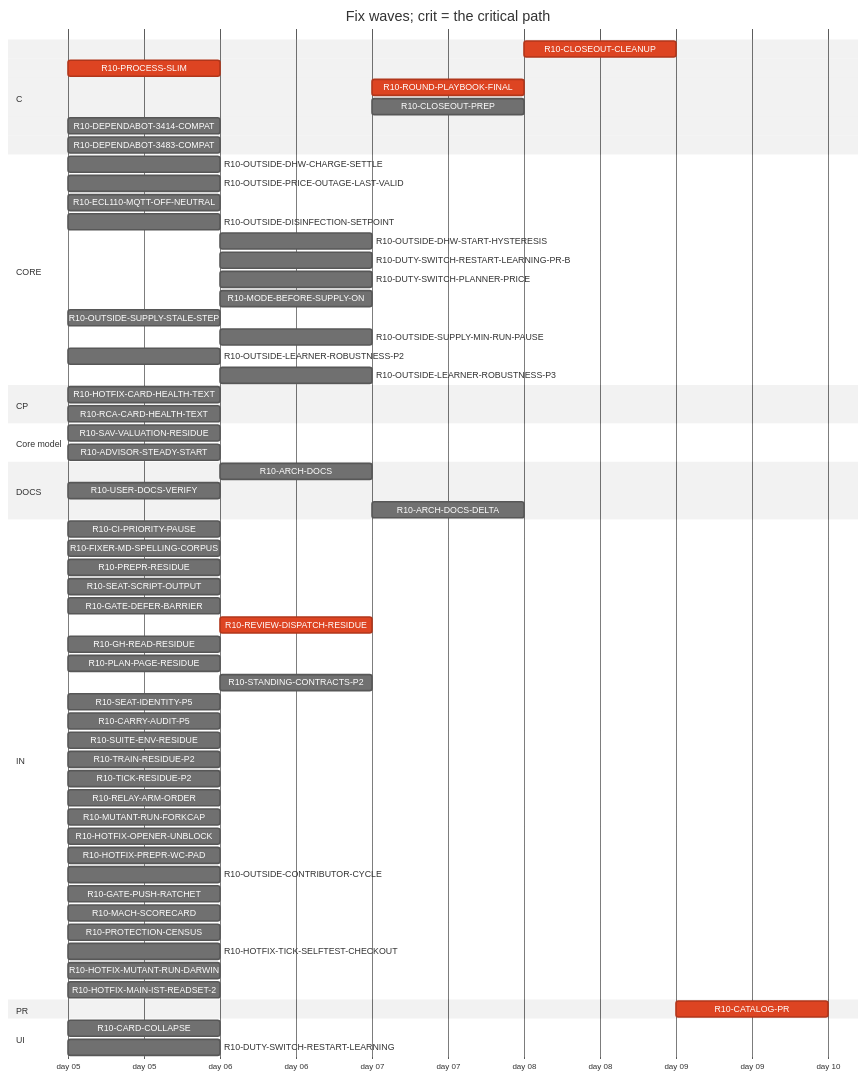
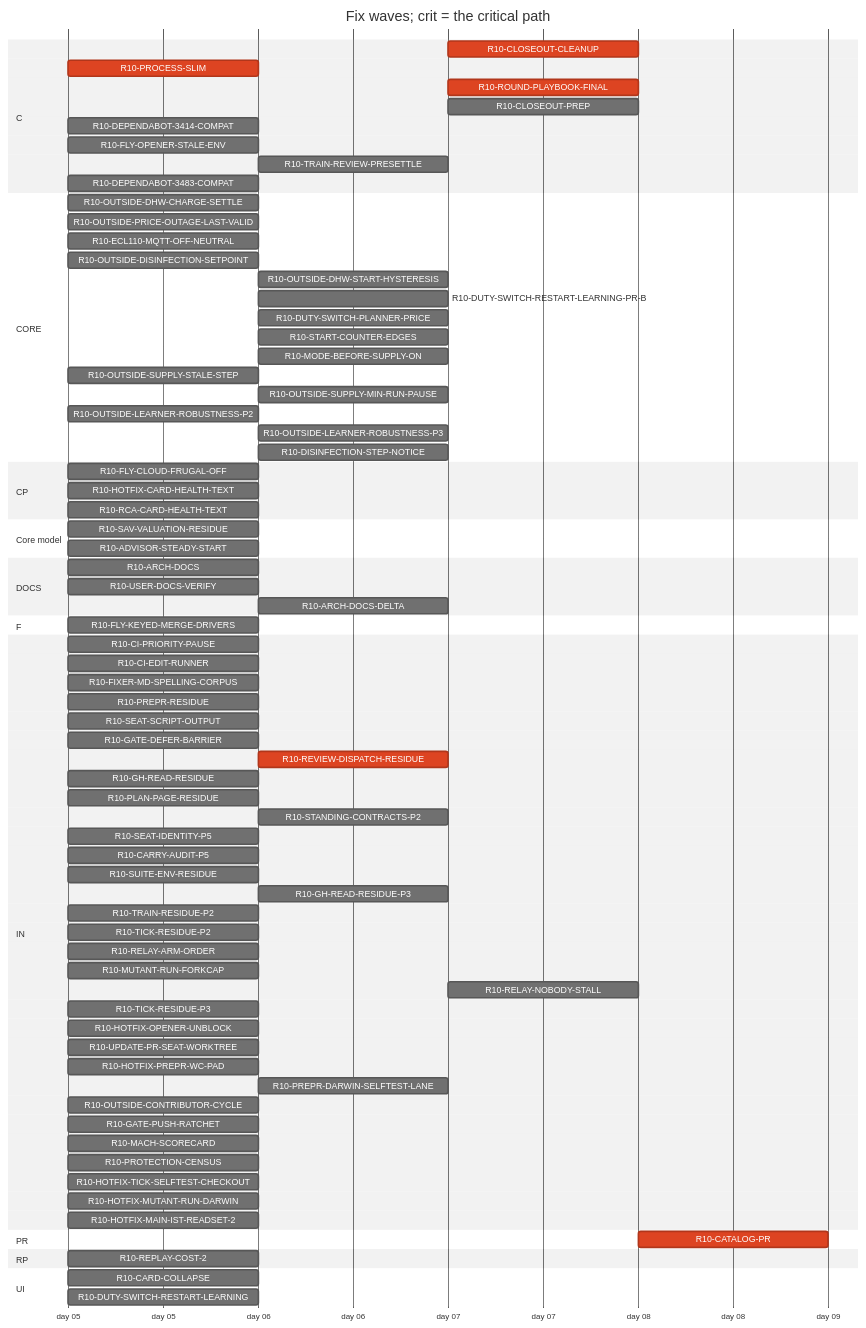
Before and after one commit to tvofi/heatpump_optimizer: the diagram in handoff/round10/state/PLAN-TABLE.md, drawn with Mermaid (neutral theme). The commit also changed other lines of this file and 3 other files, not shown here.

Commit message:
state: FLOW-BOARD.md, NEXT-SESSION-PROMPT.md, PLAN-TABLE.md, RESUME-CURRENT.md regenerated (state_docs.py)

````diff
--- a/handoff/round10/state/PLAN-TABLE.md
+++ b/handoff/round10/state/PLAN-TABLE.md
@@ -21,67 +23,82 @@
 ```mermaid
 gantt
   title Fix waves; crit = the critical path
   dateFormat YYYY-MM-DD
   axisFormat day %d
   section C
     R10-CLOSEOUT-CLEANUP :crit, r10CLOSEOUTCLEANUP, after r10ARCHDOCS r10USERDOCSVERIFY r10ROUNDPLAYBOOKFINAL r10CLOSEOUTPREP r10ARCHDOCSDELTA, 1d
     R10-PROCESS-SLIM :crit, r10PROCESSSLIM, 2026-01-05, 1d
     R10-ROUND-PLAYBOOK-FINAL :crit, r10ROUNDPLAYBOOKFINAL, after r10PROCESSSLIM r10FIXERMDSPELLINGCORPUS r10PREPRRESIDUE r10SEATSCRIPTOUTPUT r10REVIEWDISPATCHRESIDUE r10CARRYAUDITP5 r10SEATIDENTITYP5 r10STANDINGCONTRACTSP2 r10PLANPAGERESIDUE r10GHREADRESIDUE r10SUITEENVRESIDUE r10GATEDEFERBARRIER, 1d
     R10-CLOSEOUT-PREP :r10CLOSEOUTPREP, after r10ARCHDOCS r10PROCESSSLIM r10FIXERMDSPELLINGCORPUS r10PREPRRESIDUE r10SEATSCRIPTOUTPUT r10REVIEWDISPATCHRESIDUE r10CARRYAUDITP5 r10SEATIDENTITYP5 r10STANDINGCONTRACTSP2 r10PLANPAGERESIDUE r10GHREADRESIDUE r10SUITEENVRESIDUE r10GATEDEFERBARRIER, 1d
     R10-DEPENDABOT-3414-COMPAT :r10DEPENDABOT3414COMPAT, 2026-01-05, 1d
+    R10-FLY-OPENER-STALE-ENV :r10FLYOPENERSTALEENV, 2026-01-05, 1d
+    R10-TRAIN-REVIEW-PRESETTLE :r10TRAINREVIEWPRESETTLE, after r10TRAINRESIDUEP2, 1d
     R10-DEPENDABOT-3483-COMPAT :r10DEPENDABOT3483COMPAT, 2026-01-05, 1d
   section CORE
     R10-OUTSIDE-DHW-CHARGE-SETTLE :r10OUTSIDEDHWCHARGESETTLE, 2026-01-05, 1d
     R10-OUTSIDE-PRICE-OUTAGE-LAST-VALID :r10OUTSIDEPRICEOUTAGELASTVALID, 2026-01-05, 1d
     R10-ECL110-MQTT-OFF-NEUTRAL :r10ECL110MQTTOFFNEUTRAL, 2026-01-05, 1d
     R10-OUTSIDE-DISINFECTION-SETPOINT :r10OUTSIDEDISINFECTIONSETPOINT, 2026-01-05, 1d
     R10-OUTSIDE-DHW-START-HYSTERESIS :r10OUTSIDEDHWSTARTHYSTERESIS, after r10OUTSIDEDISINFECTIONSETPOINT, 1d
     R10-DUTY-SWITCH-RESTART-LEARNING-PR-B :r10DUTYSWITCHRESTARTLEARNINGPRB, after r10DUTYSWITCHRESTARTLEARNING, 1d
     R10-DUTY-SWITCH-PLANNER-PRICE :r10DUTYSWITCHPLANNERPRICE, after r10DUTYSWITCHRESTARTLEARNING, 1d
+    R10-START-COUNTER-EDGES :r10STARTCOUNTEREDGES, after r10DUTYSWITCHRESTARTLEARNING, 1d
     R10-MODE-BEFORE-SUPPLY-ON :r10MODEBEFORESUPPLYON, after r10DUTYSWITCHRESTARTLEARNING, 1d
     R10-OUTSIDE-SUPPLY-STALE-STEP :r10OUTSIDESUPPLYSTALESTEP, 2026-01-05, 1d
     R10-OUTSIDE-SUPPLY-MIN-RUN-PAUSE :r10OUTSIDESUPPLYMINRUNPAUSE, after r10OUTSIDESUPPLYSTALESTEP, 1d
     R10-OUTSIDE-LEARNER-ROBUSTNESS-P2 :r10OUTSIDELEARNERROBUSTNESSP2, 2026-01-05, 1d
     R10-OUTSIDE-LEARNER-ROBUSTNESS-P3 :r10OUTSIDELEARNERROBUSTNESSP3, after r10OUTSIDELEARNERROBUSTNESSP2, 1d
+    R10-DISINFECTION-STEP-NOTICE :r10DISINFECTIONSTEPNOTICE, after r10OUTSIDEDISINFECTIONSETPOINT, 1d
   section CP
+    R10-FLY-CLOUD-FRUGAL-OFF :r10FLYCLOUDFRUGALOFF, 2026-01-05, 1d
     R10-HOTFIX-CARD-HEALTH-TEXT :r10HOTFIXCARDHEALTHTEXT, 2026-01-05, 1d
     R10-RCA-CARD-HEALTH-TEXT :r10RCACARDHEALTHTEXT, 2026-01-05, 1d
   section Core model
     R10-SAV-VALUATION-RESIDUE :r10SAVVALUATIONRESIDUE, 2026-01-05, 1d
     R10-ADVISOR-STEADY-START :r10ADVISORSTEADYSTART, 2026-01-05, 1d
   section DOCS
-    R10-ARCH-DOCS :r10ARCHDOCS, after r10PROCESSSLIM, 1d
+    R10-ARCH-DOCS :r10ARCHDOCS, 2026-01-05, 1d
     R10-USER-DOCS-VERIFY :r10USERDOCSVERIFY, 2026-01-05, 1d
-    R10-ARCH-DOCS-DELTA :r10ARCHDOCSDELTA, after r10ARCHDOCS r10SAVVALUATIONRESIDUE r10ADVISORSTEADYSTART, 1d
+    R10-ARCH-DOCS-DELTA :r10ARCHDOCSDELTA, after r10ARCHDOCS r10SAVVALUATIONRESIDUE r10ADVISORSTEADYSTART r10PROCESSSLIM, 1d
+  section F
+    R10-FLY-KEYED-MERGE-DRIVERS :r10FLYKEYEDMERGEDRIVERS, 2026-01-05, 1d
   section IN
     R10-CI-PRIORITY-PAUSE :r10CIPRIORITYPAUSE, 2026-01-05, 1d
+    R10-CI-EDIT-RUNNER :r10CIEDITRUNNER, 2026-01-05, 1d
     R10-FIXER-MD-SPELLING-CORPUS :r10FIXERMDSPELLINGCORPUS, 2026-01-05, 1d
     R10-PREPR-RESIDUE :r10PREPRRESIDUE, 2026-01-05, 1d
     R10-SEAT-SCRIPT-OUTPUT :r10SEATSCRIPTOUTPUT, 2026-01-05, 1d
     R10-GATE-DEFER-BARRIER :r10GATEDEFERBARRIER, 2026-01-05, 1d
     R10-REVIEW-DISPATCH-RESIDUE :crit, r10REVIEWDISPATCHRESIDUE, after r10PROCESSSLIM, 1d
     R10-GH-READ-RESIDUE :r10GHREADRESIDUE, 2026-01-05, 1d
     R10-PLAN-PAGE-RESIDUE :r10PLANPAGERESIDUE, 2026-01-05, 1d
     R10-STANDING-CONTRACTS-P2 :r10STANDINGCONTRACTSP2, after r10FIXERMDSPELLINGCORPUS, 1d
     R10-SEAT-IDENTITY-P5 :r10SEATIDENTITYP5, 2026-01-05, 1d
     R10-CARRY-AUDIT-P5 :r10CARRYAUDITP5, 2026-01-05, 1d
     R10-SUITE-ENV-RESIDUE :r10SUITEENVRESIDUE, 2026-01-05, 1d
+    R10-GH-READ-RESIDUE-P3 :r10GHREADRESIDUEP3, after r10GHREADRESIDUE, 1d
     R10-TRAIN-RESIDUE-P2 :r10TRAINRESIDUEP2, 2026-01-05, 1d
     R10-TICK-RESIDUE-P2 :r10TICKRESIDUEP2, 2026-01-05, 1d
     R10-RELAY-ARM-ORDER :r10RELAYARMORDER, 2026-01-05, 1d
     R10-MUTANT-RUN-FORKCAP :r10MUTANTRUNFORKCAP, 2026-01-05, 1d
+    R10-RELAY-NOBODY-STALL :r10RELAYNOBODYSTALL, after r10RELAYARMORDER r10REVIEWDISPATCHRESIDUE, 1d
+    R10-TICK-RESIDUE-P3 :r10TICKRESIDUEP3, 2026-01-05, 1d
     R10-HOTFIX-OPENER-UNBLOCK :r10HOTFIXOPENERUNBLOCK, 2026-01-05, 1d
+    R10-UPDATE-PR-SEAT-WORKTREE :r10UPDATEPRSEATWORKTREE, 2026-01-05, 1d
     R10-HOTFIX-PREPR-WC-PAD :r10HOTFIXPREPRWCPAD, 2026-01-05, 1d
+    R10-PREPR-DARWIN-SELFTEST-LANE :r10PREPRDARWINSELFTESTLANE, after r10HOTFIXPREPRWCPAD, 1d
     R10-OUTSIDE-CONTRIBUTOR-CYCLE :r10OUTSIDECONTRIBUTORCYCLE, 2026-01-05, 1d
     R10-GATE-PUSH-RATCHET :r10GATEPUSHRATCHET, 2026-01-05, 1d
     R10-MACH-SCORECARD :r10MACHSCORECARD, 2026-01-05, 1d
     R10-PROTECTION-CENSUS :r10PROTECTIONCENSUS, 2026-01-05, 1d
     R10-HOTFIX-TICK-SELFTEST-CHECKOUT :r10HOTFIXTICKSELFTESTCHECKOUT, 2026-01-05, 1d
     R10-HOTFIX-MUTANT-RUN-DARWIN :r10HOTFIXMUTANTRUNDARWIN, 2026-01-05, 1d
     R10-HOTFIX-MAIN-IST-READSET-2 :r10HOTFIXMAINISTREADSET2, 2026-01-05, 1d
   section PR
     R10-CATALOG-PR :crit, r10CATALOGPR, after r10USERDOCSVERIFY r10ARCHDOCS r10ROUNDPLAYBOOKFINAL r10CLOSEOUTCLEANUP r10CLOSEOUTPREP r10ARCHDOCSDELTA, 1d
+  section RP
+    R10-REPLAY-COST-2 :r10REPLAYCOST2, 2026-01-05, 1d
   section UI
     R10-CARD-COLLAPSE :r10CARDCOLLAPSE, 2026-01-05, 1d
     R10-DUTY-SWITCH-RESTART-LEARNING :r10DUTYSWITCHRESTARTLEARNING, 2026-01-05, 1d
 ```
````
